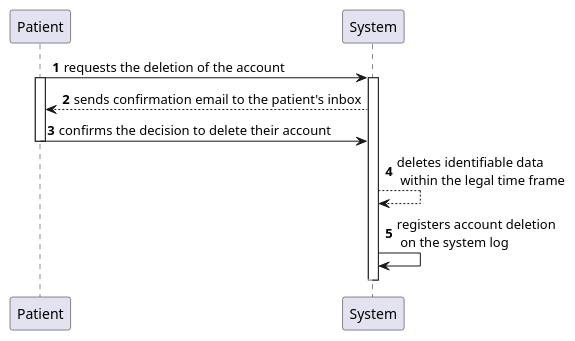
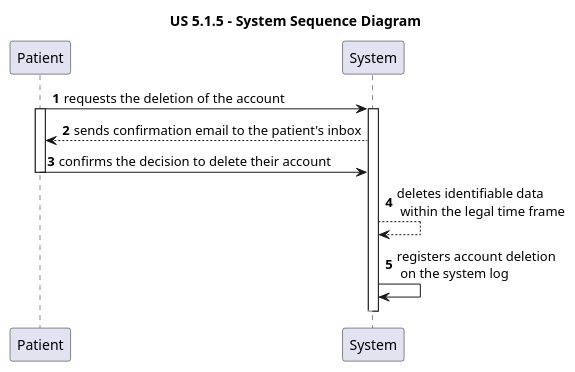
Before and after one commit to rita-barbosa/LAPR5-2425: the diagram in docs/sprint-1/us-5.1.5/diagrams/SSD/us_5.1.5_system_sequence_diagram.puml, drawn with PlantUML. The commit also changed 1 other file, not shown here.

```diff
--- a/docs/sprint-1/us-5.1.5/diagrams/SSD/us_5.1.5_system_sequence_diagram.puml
+++ b/docs/sprint-1/us-5.1.5/diagrams/SSD/us_5.1.5_system_sequence_diagram.puml
@@ -1,27 +1,29 @@
 @startuml
 'https://plantuml.com/sequence-diagram
+
+title "US 5.1.5 - System Sequence Diagram"
 
 autonumber
 
 participant Patient as PAT
 participant System as SYS
 
 PAT -> SYS : requests the deletion of the account
 activate PAT
 activate SYS
 
 SYS --> PAT : sends confirmation email to the patient's inbox
 
 PAT -> SYS : confirms the decision to delete their account
 deactivate PAT
 
 SYS --> SYS : deletes identifiable data\n within the legal time frame
 
 SYS -> SYS : registers account deletion\n on the system log
 
 autonumber stop
 SYS -[#white]> PAT
 
 deactivate SYS
 
 @enduml
```
